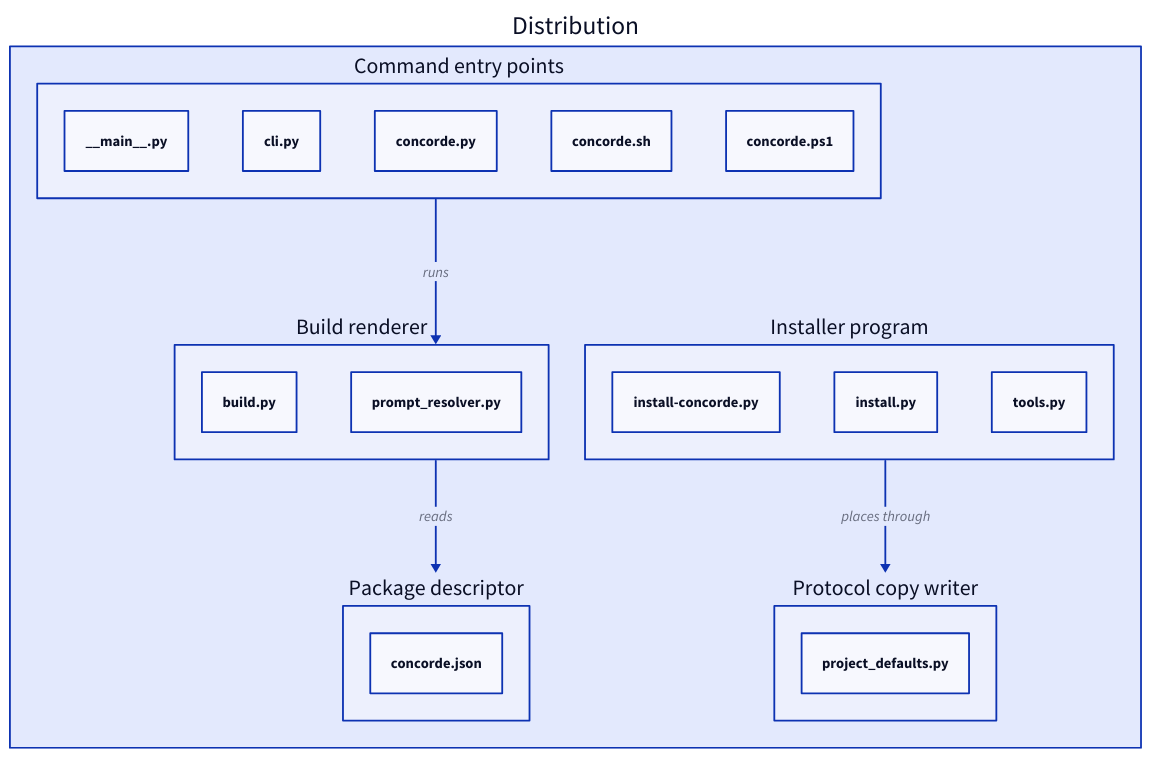
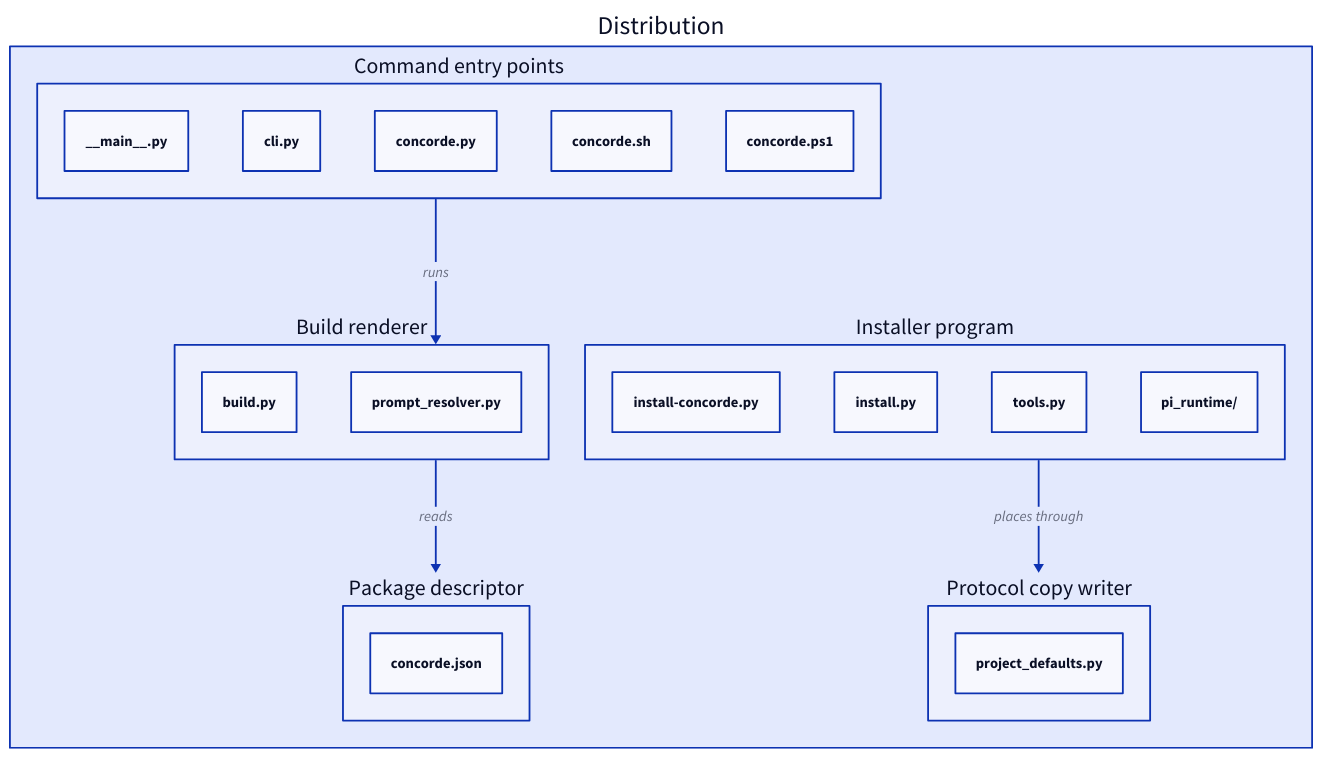
The first of 2 diagrams in specs/concorde/distribution/module.md (FTOD/concorde), drawn with D2 before and after one commit. The commit also changed other lines of this file and 27 other files, not shown here.

````diff
--- a/specs/concorde/distribution/module.md
+++ b/specs/concorde/distribution/module.md
@@ -129,29 +140,30 @@
 ```d2
 distribution: Distribution {
   descriptor: Package descriptor {
     "concorde.json"
   }
   build: Build renderer {
     "build.py"
     "prompt_resolver.py"
   }
   command: Command entry points {
     "__main__.py"
     "cli.py"
     "concorde.py"
     "concorde.sh"
     "concorde.ps1"
   }
   writer: Protocol copy writer {
     "project_defaults.py"
   }
   installer: Installer program {
     "install-concorde.py"
     "install.py"
     "tools.py"
+    "pi_runtime/"
   }
   build -> descriptor: reads
   command -> build: runs
   installer -> writer: places through
 }
 ```
````
